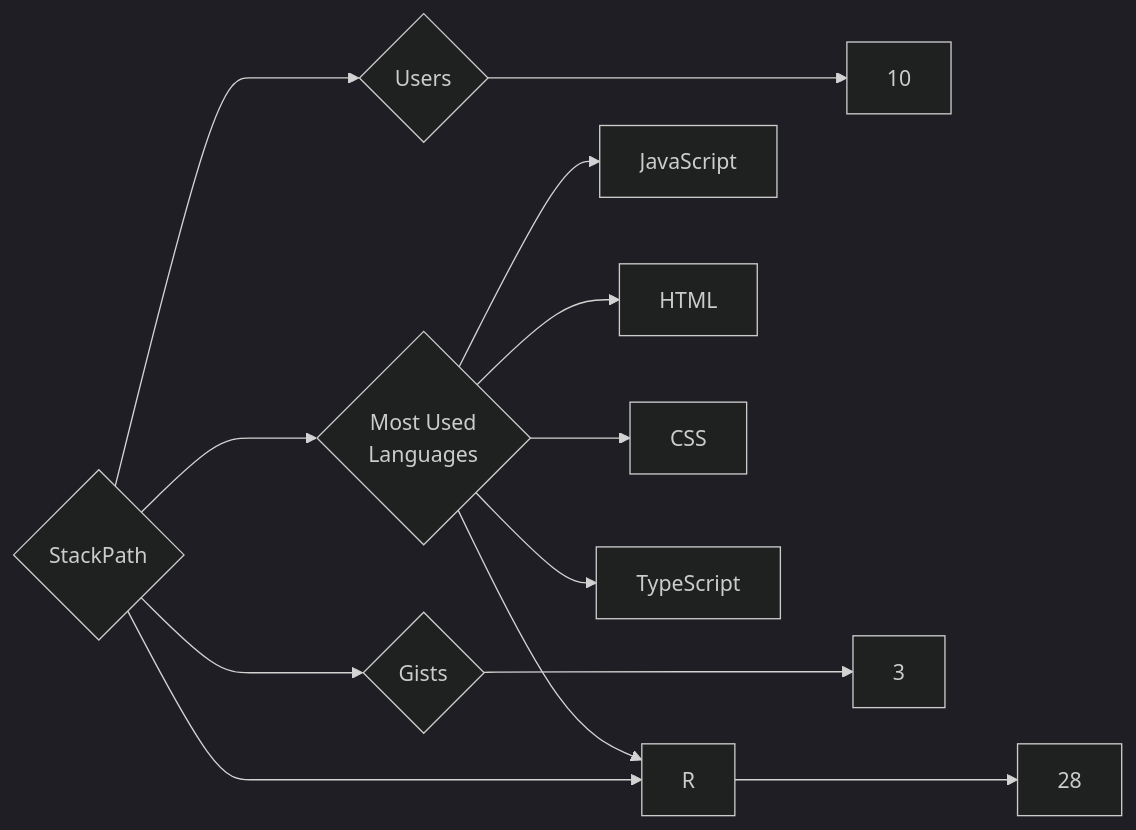
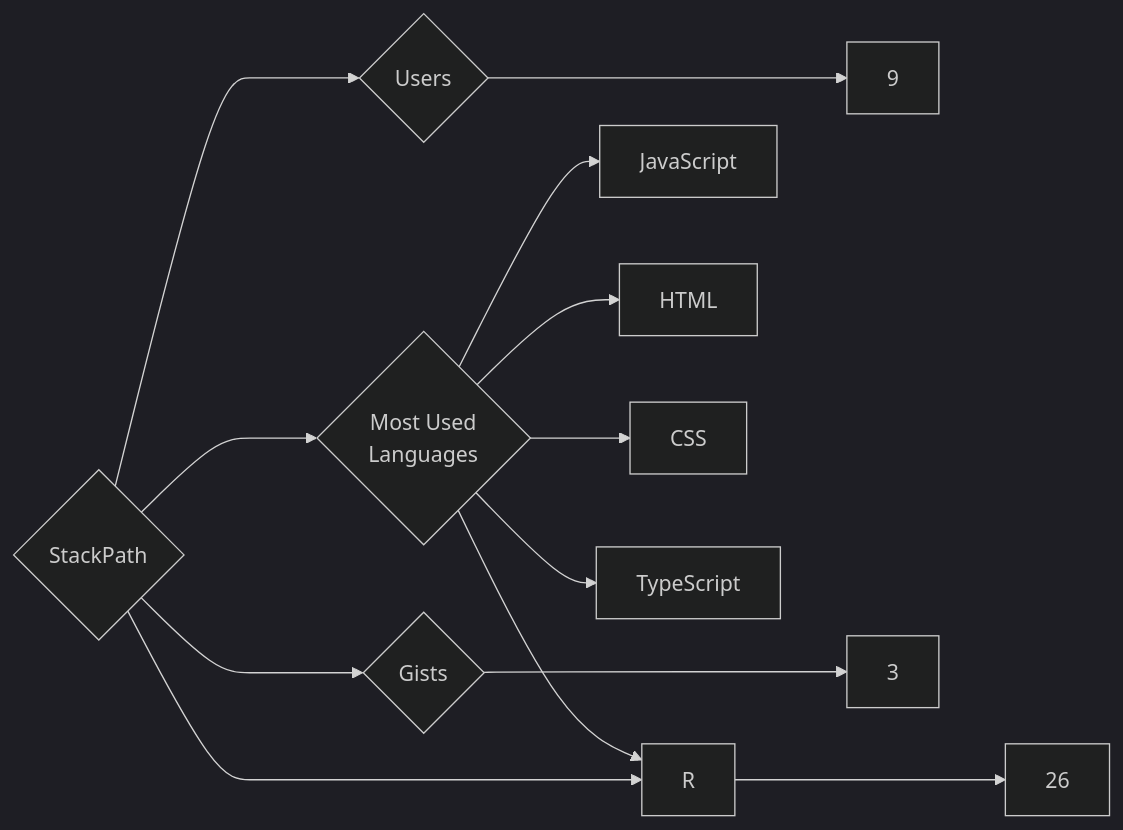
Before and after one commit to trickest/insiders: the diagram in targets/StackPath/README.md, drawn with Mermaid (dark theme). The commit also changed 1248 other files, not shown here.

````diff
--- a/targets/StackPath/README.md
+++ b/targets/StackPath/README.md
@@ -3,13 +3,13 @@
 ```mermaid
 graph LR
 COMPANY_NAME{StackPath}
-COMPANY_NAME ---> U{Users} ---> UN[10]
-COMPANY_NAME ---> R{Repositories} ---> RN[28]
+COMPANY_NAME ---> U{Users} ---> UN[9]
+COMPANY_NAME ---> R{Repositories} ---> RN[26]
 COMPANY_NAME ---> G{Gists} ---> GN[3]
 COMPANY_NAME ---> ML{Most Used<br>Languages}
 ML --> JavaScript[JavaScript]
 ML --> HTML[HTML]
 ML --> CSS[CSS]
 ML --> TypeScript[TypeScript]
 ML --> R[R]
 ```
````
